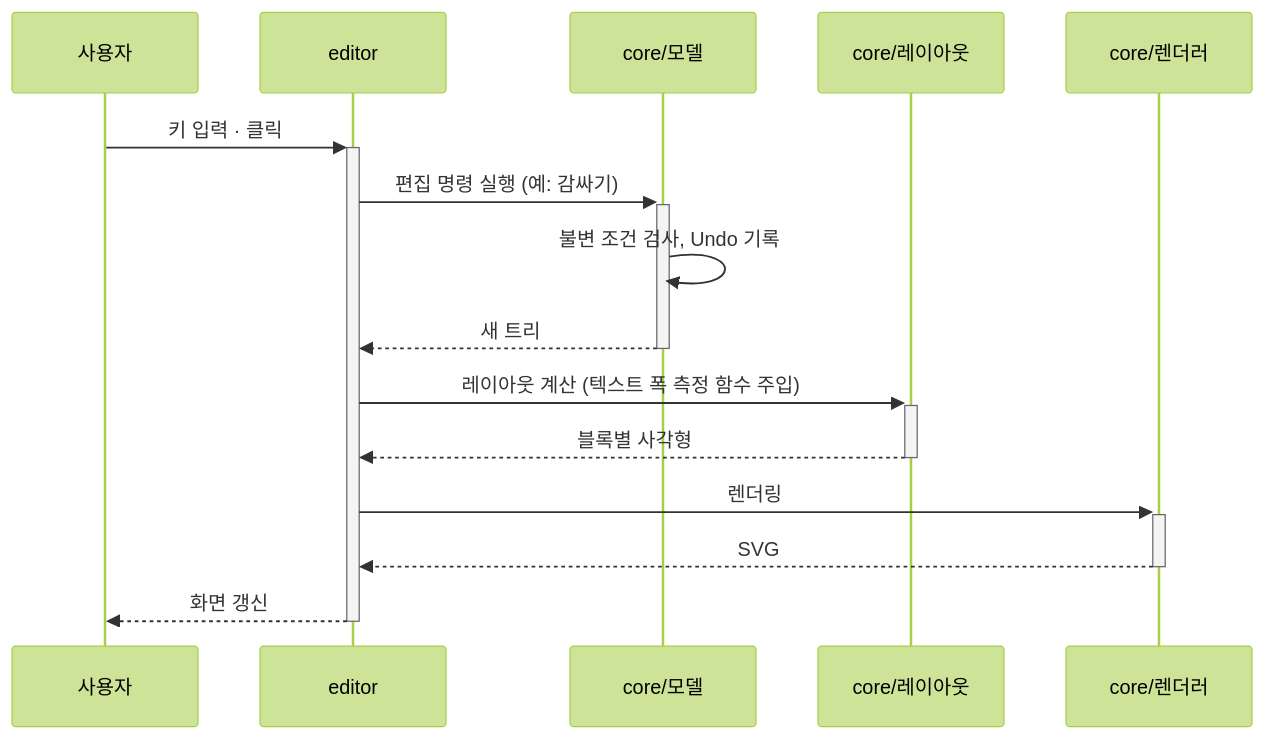
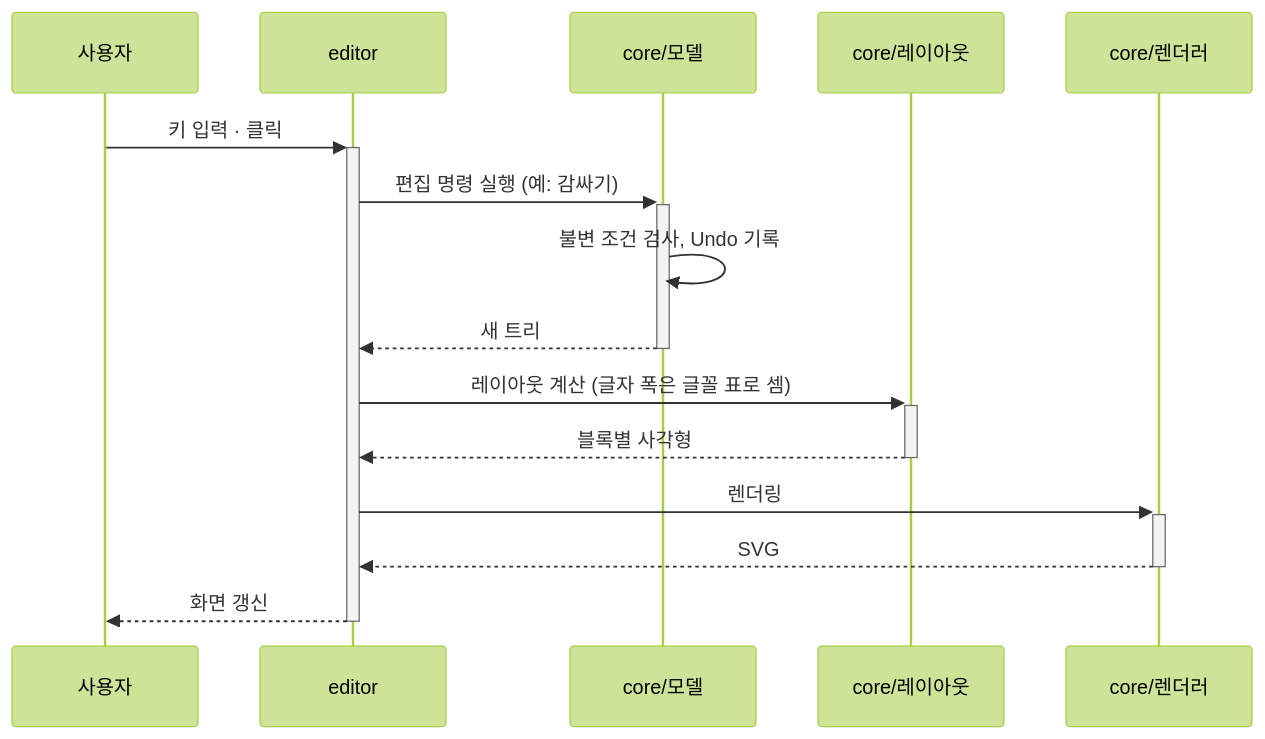
One commit to reddiana/AriadneNSD changed the third of 3 diagrams in docs/03-architecture/03-architecture.md. Above: the diagram before and after it, drawn with Mermaid (forest theme). The commit also changed other lines of this file and 5 other files, not shown here.

````diff
--- a/docs/03-architecture/03-architecture.md
+++ b/docs/03-architecture/03-architecture.md
@@ -92,17 +93,17 @@
 ```mermaid
 sequenceDiagram
     participant U as 사용자
     participant E as editor
     participant M as core/모델
     participant L as core/레이아웃
     participant R as core/렌더러
     U->>+E: 키 입력 · 클릭
     E->>+M: 편집 명령 실행 (예: 감싸기)
     M->>M: 불변 조건 검사, Undo 기록
     M-->>-E: 새 트리
-    E->>+L: 레이아웃 계산 (텍스트 폭 측정 함수 주입)
+    E->>+L: 레이아웃 계산 (글자 폭은 글꼴 표로 셈)
     L-->>-E: 블록별 사각형
     E->>+R: 렌더링
     R-->>-E: SVG
     E-->>-U: 화면 갱신
 ```
````
